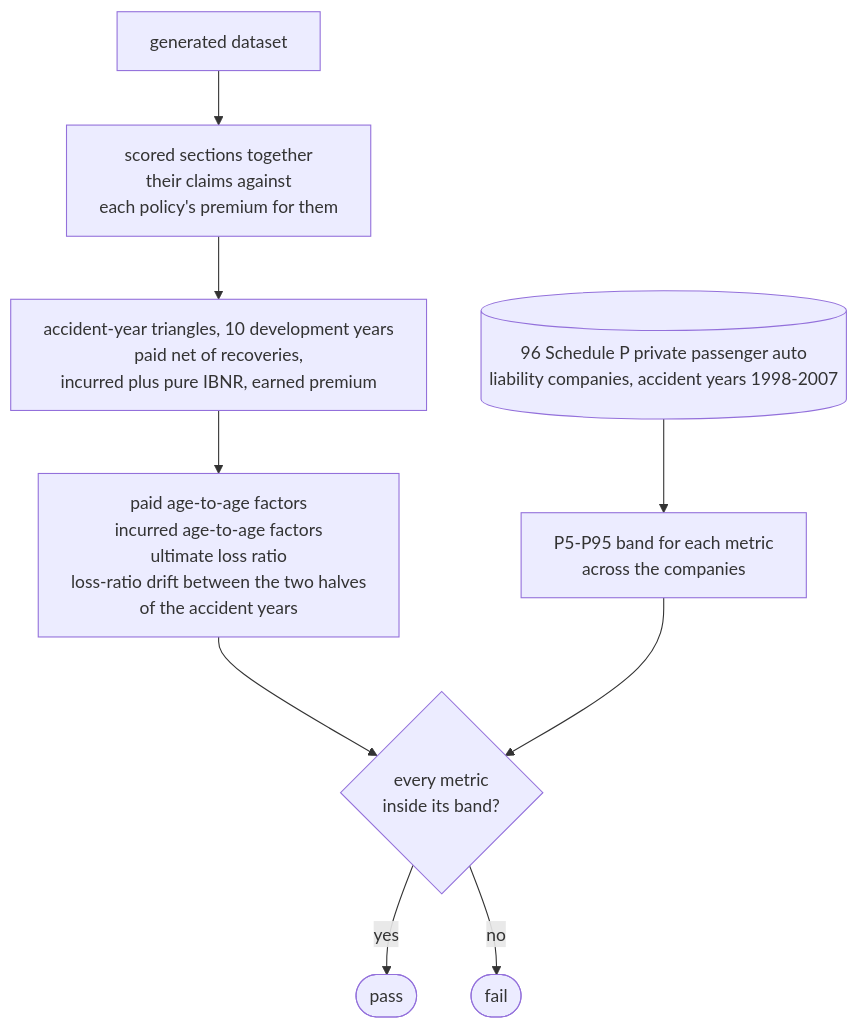
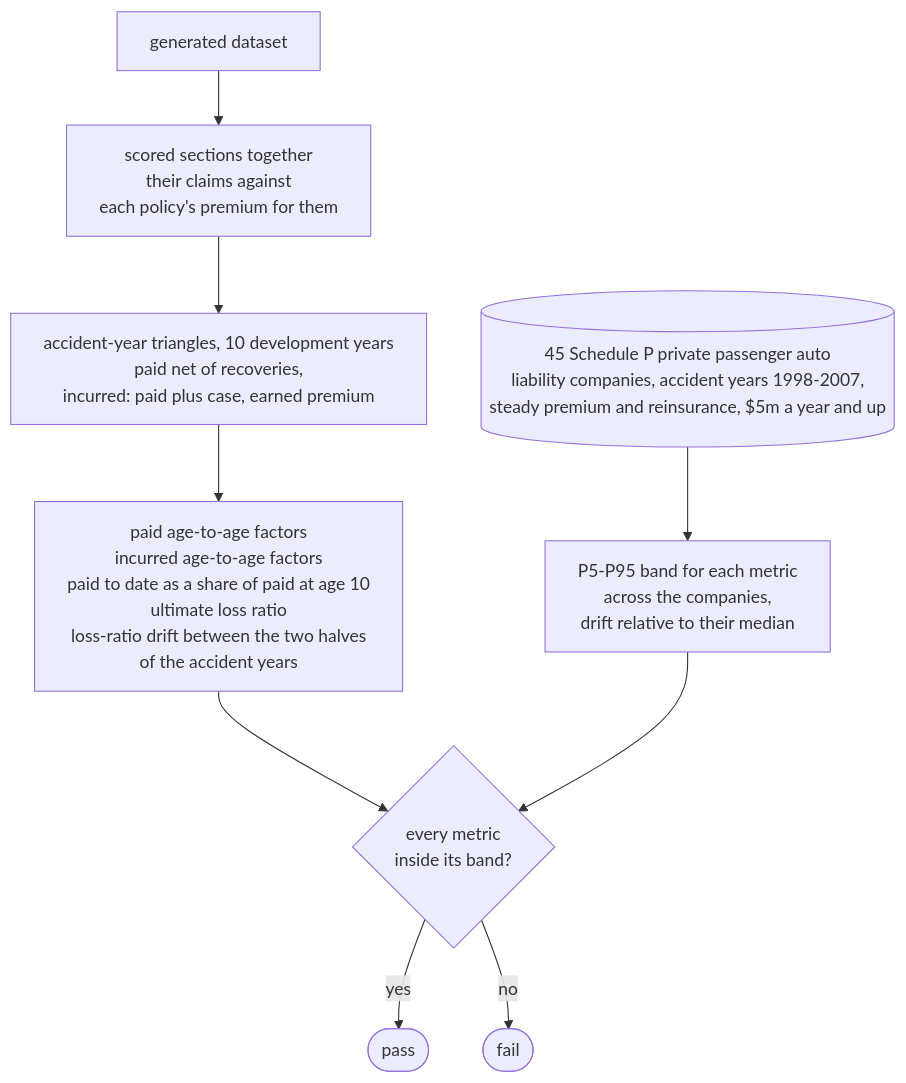
Before and after one commit to le-marais/claims-data-generator: the tenth of 10 diagrams in README.md, drawn with Mermaid. The commit also changed other lines of this file and 402 other files, not shown here.

First line of the commit message:
Rebuild the realism gate on a selected Schedule P pool, case incurred, paid shares and age-10 scoring (MR-15 to MR-18) (#30)

````diff
--- a/README.md
+++ b/README.md
@@ -384,17 +384,17 @@
 ```mermaid
 %%{init: {"flowchart": {"wrappingWidth": 480}}}%%
 flowchart TD
     dataset["generated dataset"]
     section["scored sections together<br/>their claims against<br/>each policy's premium for them"]
-    triangles["accident-year triangles, 10 development years<br/>paid net of recoveries,<br/>incurred plus pure IBNR, earned premium"]
-    metrics["paid age-to-age factors<br/>incurred age-to-age factors<br/>ultimate loss ratio<br/>loss-ratio drift between the two halves<br/>of the accident years"]
-    references[("96 Schedule P private passenger auto<br/>liability companies, accident years 1998-2007")]
-    bands["P5-P95 band for each metric<br/>across the companies"]
+    triangles["accident-year triangles, 10 development years<br/>paid net of recoveries,<br/>incurred: paid plus case, earned premium"]
+    metrics["paid age-to-age factors<br/>incurred age-to-age factors<br/>paid to date as a share of paid at age 10<br/>ultimate loss ratio<br/>loss-ratio drift between the two halves<br/>of the accident years"]
+    references[("45 Schedule P private passenger auto<br/>liability companies, accident years 1998-2007,<br/>steady premium and reinsurance, $5m a year and up")]
+    bands["P5-P95 band for each metric<br/>across the companies,<br/>drift relative to their median"]
     verdict{"every metric<br/>inside its band?"}
     pass(["pass"])
     fail(["fail"])
     dataset --> section --> triangles --> metrics --> verdict
     references --> bands --> verdict
     verdict -- "yes" --> pass
     verdict -- "no" --> fail
 ```
````
